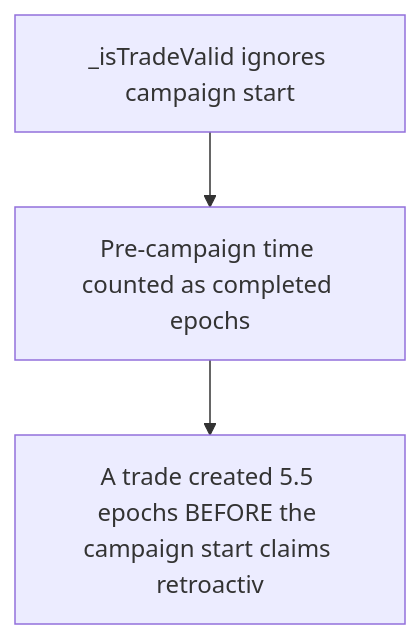
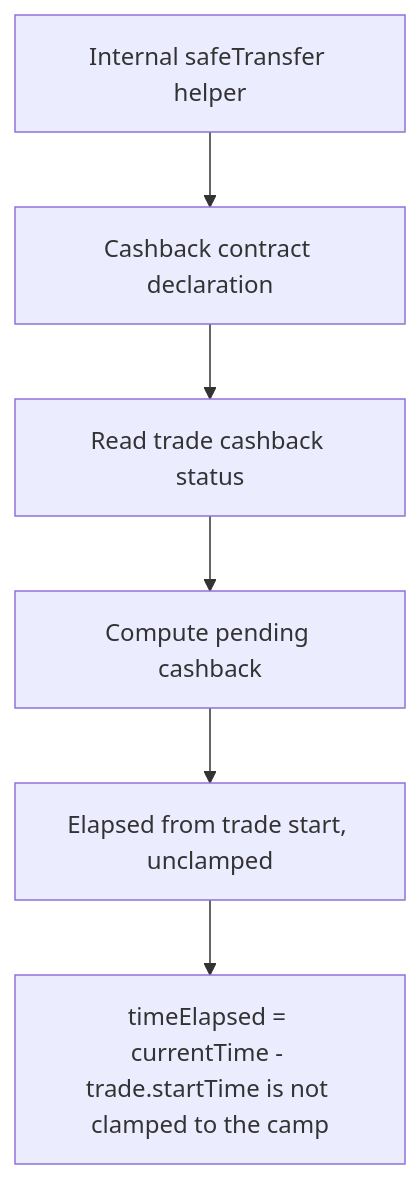
One commit to sanbir/evm-hack-registry changed the diagram in 63419-h-1-users-with-pre-campaign-trades-will-drain-cashback-funds_exp/63419-h-1-users-with-pre-campaign-trades-will-drain-cashback-funds_exp.md. Above: the diagram before and after it, drawn with Mermaid. The commit also changed other lines of this file and 79 other files, not shown here.

````diff
--- a/63419-h-1-users-with-pre-campaign-trades-will-drain-cashback-funds_exp/63419-h-1-users-with-pre-campaign-trades-will-drain-cashback-funds_exp.md
+++ b/63419-h-1-users-with-pre-campaign-trades-will-drain-cashback-funds_exp/63419-h-1-users-with-pre-campaign-trades-will-drain-cashback-funds_exp.md
@@ -28,8 +28,14 @@
 ```mermaid
 flowchart TD
-  S0["_isTradeValid ignores campaign start"]
-  S1["Pre-campaign time counted as completed epochs"]
-  H["A trade created 5.5 epochs BEFORE the campaign start claims retroactiv"]
+  S0["Internal safeTransfer helper"]
+  S1["Cashback contract declaration"]
+  S2["Read trade cashback status"]
+  S3["Compute pending cashback"]
+  S4["Elapsed from trade start, unclamped"]
+  H["timeElapsed = currentTime - trade.startTime is not clamped to the camp"]
   S0 --> S1
-  S1 --> H
+  S1 --> S2
+  S2 --> S3
+  S3 --> S4
+  S4 --> H
 ```
````
